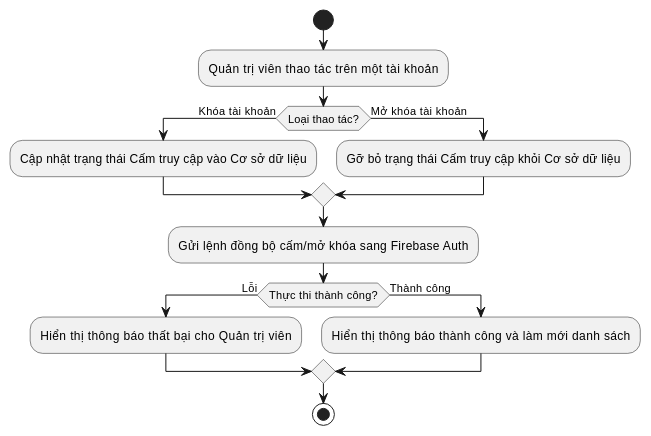
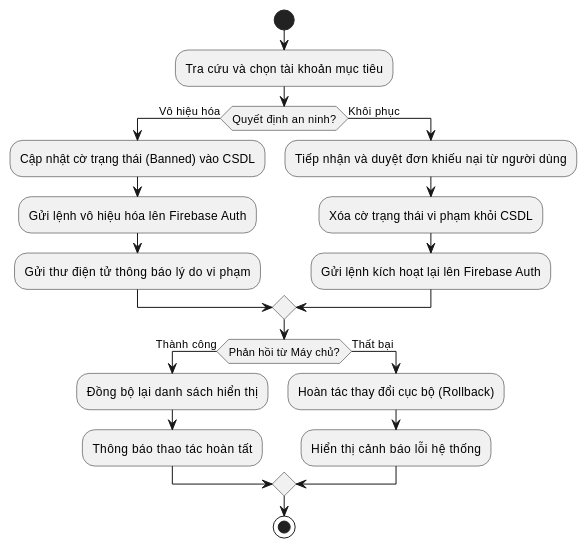
Before and after one commit to maikhang160504/spending-diary: diagram 18 of 28 in Luan_van_Hoan_chinh.md, drawn with PlantUML. The commit also changed other lines of this file and 72 other files, not shown here.

````diff
--- a/Luan_van_Hoan_chinh.md
+++ b/Luan_van_Hoan_chinh.md
@@ -1168,18 +1238,23 @@
 ```plantuml
 @startuml
 start
-:Quản trị viên thao tác trên một tài khoản;
-if (Loại thao tác?) then (Khóa tài khoản)
-  :Cập nhật trạng thái Cấm truy cập vào Cơ sở dữ liệu;
-else (Mở khóa tài khoản)
-  :Gỡ bỏ trạng thái Cấm truy cập khỏi Cơ sở dữ liệu;
+:Tra cứu và chọn tài khoản mục tiêu;
+if (Quyết định an ninh?) then (Vô hiệu hóa)
+  :Cập nhật cờ trạng thái (Banned) vào CSDL;
+  :Gửi lệnh vô hiệu hóa lên Firebase Auth;
+  :Gửi thư điện tử thông báo lý do vi phạm;
+else (Khôi phục)
+  :Tiếp nhận và duyệt đơn khiếu nại từ người dùng;
+  :Xóa cờ trạng thái vi phạm khỏi CSDL;
+  :Gửi lệnh kích hoạt lại lên Firebase Auth;
 endif
-:Gửi lệnh đồng bộ cấm/mở khóa sang Firebase Auth;
-if (Thực thi thành công?) then (Lỗi)
-  :Hiển thị thông báo thất bại cho Quản trị viên;
-else (Thành công)
-  :Hiển thị thông báo thành công và làm mới danh sách;
+if (Phản hồi từ Máy chủ?) then (Thành công)
+  :Đồng bộ lại danh sách hiển thị;
+  :Thông báo thao tác hoàn tất;
+else (Thất bại)
+  :Hoàn tác thay đổi cục bộ (Rollback);
+  :Hiển thị cảnh báo lỗi hệ thống;
 endif
 stop
 @enduml
 ```
````
